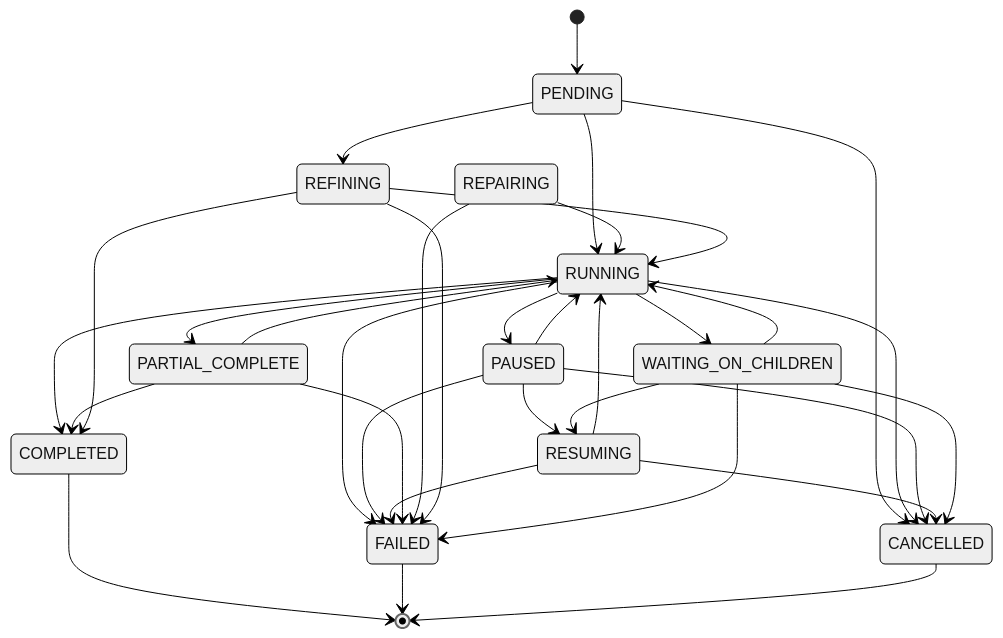
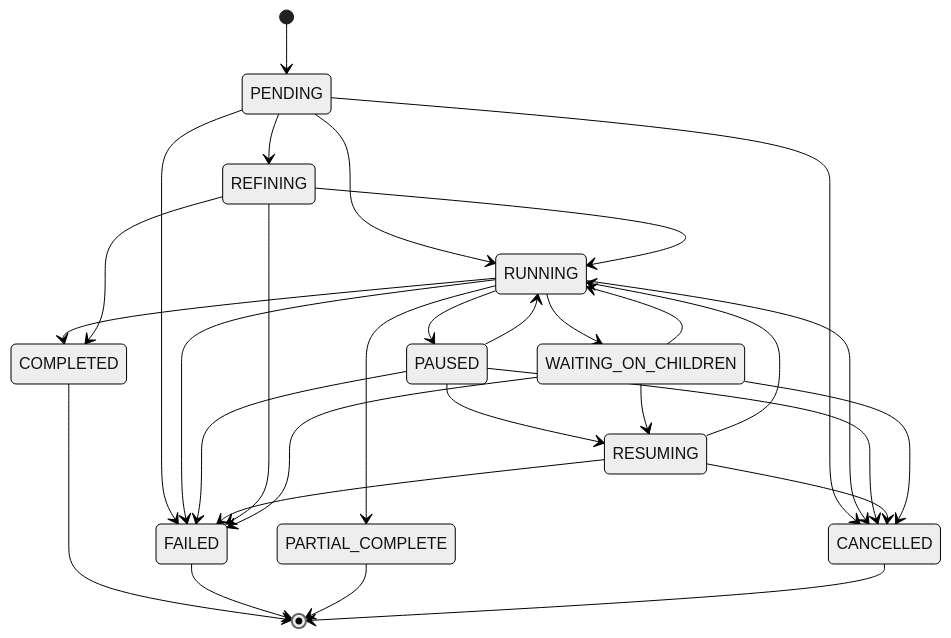
Before and after one commit to gondolerahul/hire-buddha-app: diagram 12 of 22 in docs/current/03-data-model.md, drawn with Mermaid (neutral theme). The commit also changed other lines of this file and 11 other files, not shown here.

````diff
--- a/docs/current/03-data-model.md
+++ b/docs/current/03-data-model.md
@@ -1426,35 +1426,32 @@
 ```mermaid
 stateDiagram-v2
   [*] --> PENDING
   PENDING --> RUNNING
   PENDING --> REFINING
+  PENDING --> FAILED
   PENDING --> CANCELLED
   RUNNING --> PAUSED
   RUNNING --> COMPLETED
   RUNNING --> FAILED
   RUNNING --> PARTIAL_COMPLETE
   RUNNING --> CANCELLED
   RUNNING --> WAITING_ON_CHILDREN
   PAUSED --> RUNNING
   PAUSED --> RESUMING
   PAUSED --> FAILED
   PAUSED --> CANCELLED
   RESUMING --> RUNNING
   RESUMING --> FAILED
   RESUMING --> CANCELLED
-  PARTIAL_COMPLETE --> RUNNING
-  PARTIAL_COMPLETE --> COMPLETED
-  PARTIAL_COMPLETE --> FAILED
-  REPAIRING --> RUNNING
-  REPAIRING --> FAILED
   REFINING --> RUNNING
   REFINING --> COMPLETED
   REFINING --> FAILED
   WAITING_ON_CHILDREN --> RESUMING
   WAITING_ON_CHILDREN --> RUNNING
   WAITING_ON_CHILDREN --> FAILED
   WAITING_ON_CHILDREN --> CANCELLED
   COMPLETED --> [*]
   FAILED --> [*]
+  PARTIAL_COMPLETE --> [*]
   CANCELLED --> [*]
 ```
````
